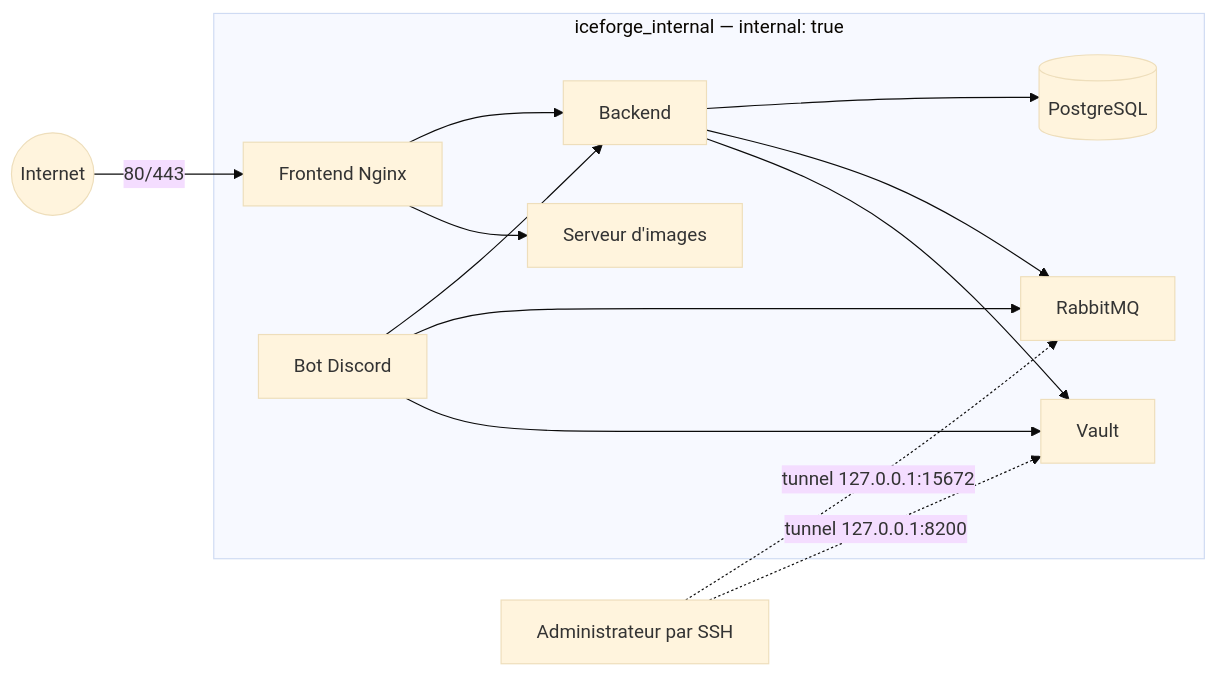
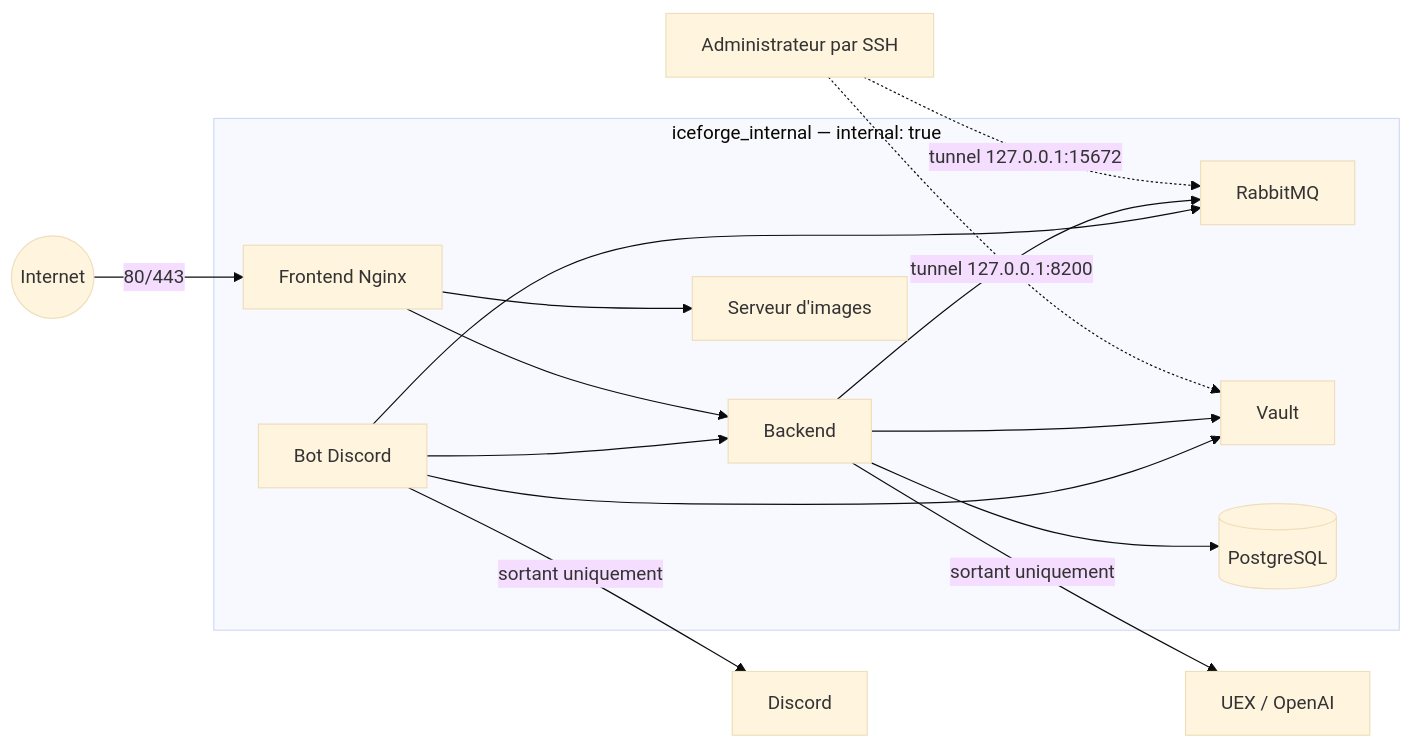
One commit to Kralone/Icy changed the diagram in docs/PRODUCTION-NETWORK-HARDENING.md. Above: the diagram before and after it, drawn with Mermaid (base theme). The commit also changed other lines of this file and 4 other files, not shown here.

````diff
--- a/docs/PRODUCTION-NETWORK-HARDENING.md
+++ b/docs/PRODUCTION-NETWORK-HARDENING.md
@@ -15,17 +15,19 @@
 ```mermaid
 flowchart LR
     Internet((Internet)) -->|80/443| Front[Frontend Nginx]
     Admin[Administrateur par SSH] -.->|tunnel 127.0.0.1:15672| MQ[RabbitMQ]
     Admin -.->|tunnel 127.0.0.1:8200| Vault[Vault]
 
     subgraph Internal[iceforge_internal — internal: true]
       Front --> Backend[Backend]
       Front --> Images[Serveur d'images]
       Backend --> DB[(PostgreSQL)]
       Backend --> MQ
       Backend --> Vault
       Bot[Bot Discord] --> Backend
       Bot --> MQ
       Bot --> Vault
     end
+    Backend -->|sortant uniquement| APIs[UEX / OpenAI]
+    Bot -->|sortant uniquement| Discord[Discord]
 ```
````
